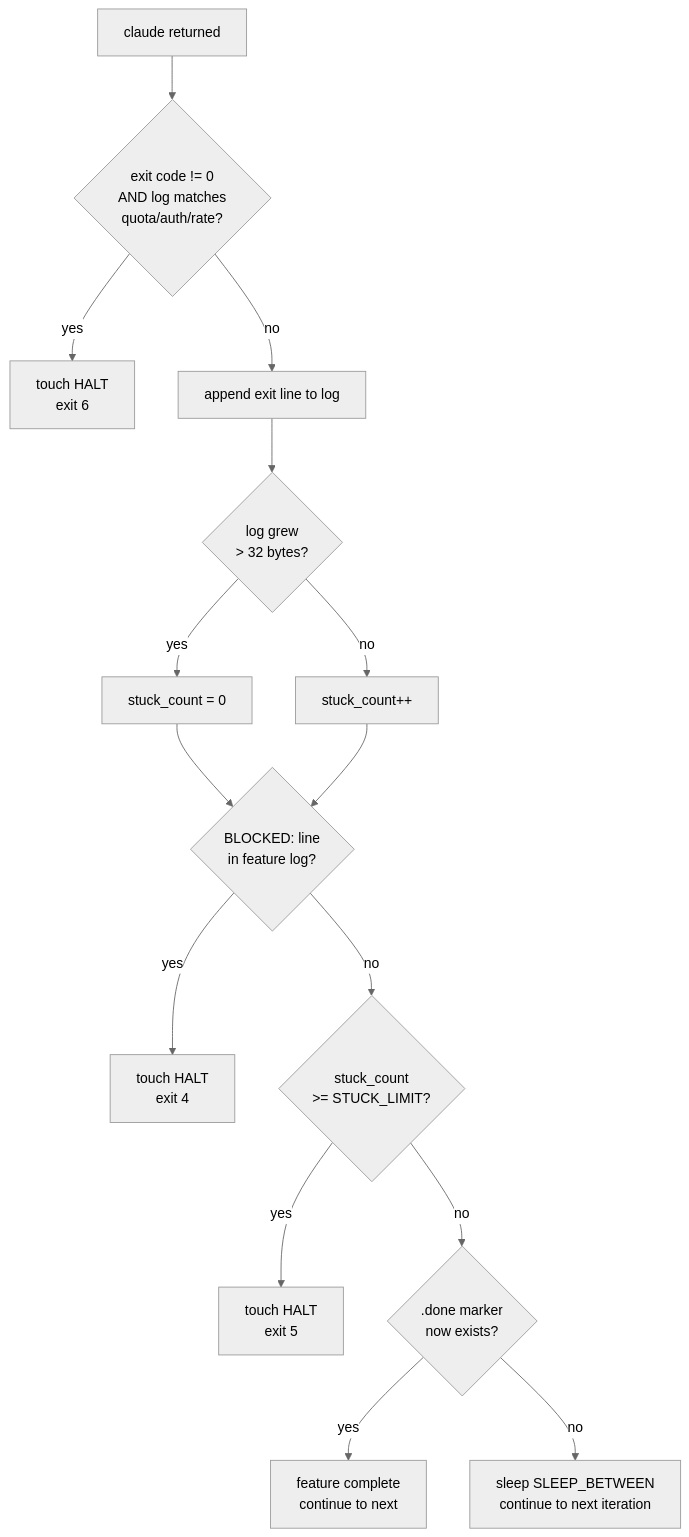
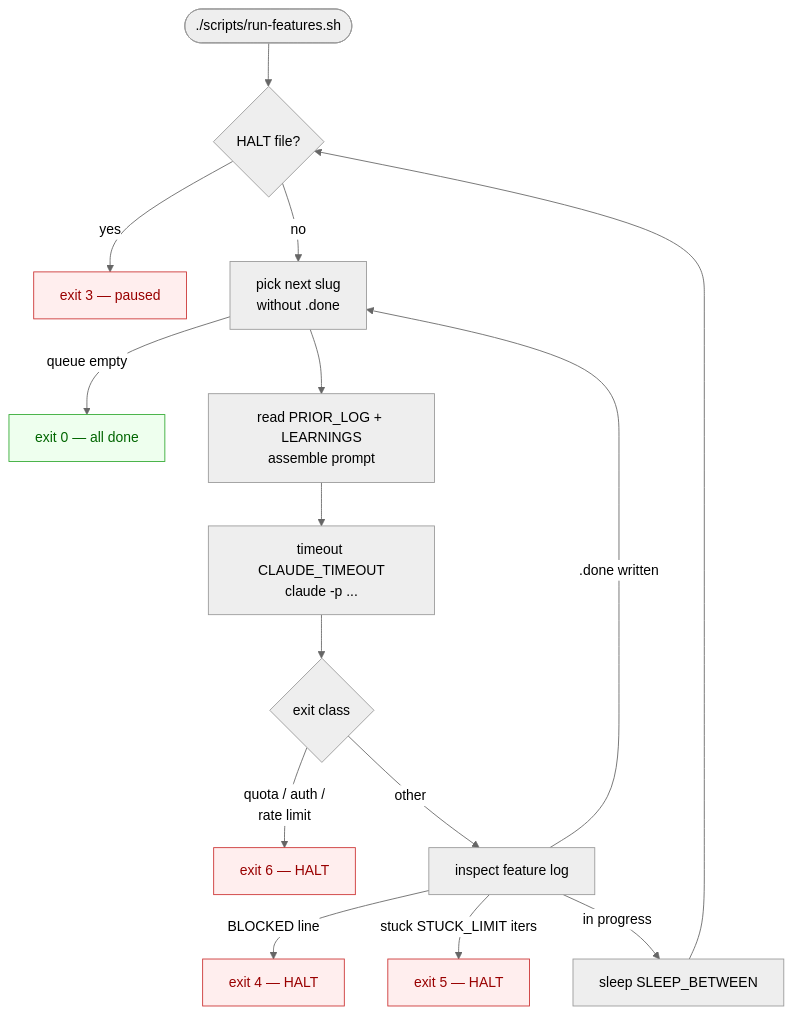
One commit to tufailkhan45/harness-loop changed the first of 2 diagrams in README.md. Above: the diagram before and after it, drawn with Mermaid (neutral theme). The commit also changed other lines of this file, not shown here.

First line of the commit message:
slim README to standard length, replace 3 diagrams with 2 focused ones

````diff
--- a/README.md
+++ b/README.md
@@ -117,17 +18,26 @@
 ```mermaid
 flowchart TD
-    A[claude returned] --> B{exit code != 0<br/>AND log matches<br/>quota/auth/rate?}
-    B -->|yes| Z6[touch HALT<br/>exit 6]
-    B -->|no| C[append exit line to log]
-    C --> D{log grew<br/>&gt; 32 bytes?}
-    D -->|yes| E[stuck_count = 0]
-    D -->|no| F[stuck_count++]
-    E --> G
-    F --> G{BLOCKED: line<br/>in feature log?}
-    G -->|yes| Z4[touch HALT<br/>exit 4]
-    G -->|no| H{stuck_count<br/>&gt;= STUCK_LIMIT?}
-    H -->|yes| Z5[touch HALT<br/>exit 5]
-    H -->|no| I{.done marker<br/>now exists?}
-    I -->|yes| J[feature complete<br/>continue to next]
-    I -->|no| K[sleep SLEEP_BETWEEN<br/>continue to next iteration]
+    Start([./scripts/run-features.sh]) --> HaltCheck{HALT file?}
+    HaltCheck -->|yes| Exit3[exit 3 — paused]:::halt
+    HaltCheck -->|no| Pick[pick next slug<br/>without .done]
+    Pick -->|queue empty| Exit0[exit 0 — all done]:::ok
+    Pick --> BuildPrompt[read PRIOR_LOG + LEARNINGS<br/>assemble prompt]
+    BuildPrompt --> Invoke[timeout CLAUDE_TIMEOUT<br/>claude -p ...]
+    Invoke --> ExitClass{exit class}
+    ExitClass -->|quota / auth /<br/>rate limit| Exit6[exit 6 — HALT]:::halt
+    ExitClass -->|other| Audit[inspect feature log]
+    Audit -->|BLOCKED line| Exit4[exit 4 — HALT]:::halt
+    Audit -->|stuck STUCK_LIMIT iters| Exit5[exit 5 — HALT]:::halt
+    Audit -->|.done written| Pick
+    Audit -->|in progress| Sleep[sleep SLEEP_BETWEEN]
+    Sleep --> HaltCheck
+
+    click Exit0 "#exit-codes" "exit 0 — all done"
+    click Exit3 "#exit-codes" "exit 3 — HALT file present"
+    click Exit4 "#exit-codes" "exit 4 — BLOCKED"
+    click Exit5 "#exit-codes" "exit 5 — circuit breaker"
+    click Exit6 "#exit-codes" "exit 6 — hard external limit"
+
+    classDef halt fill:#fee,stroke:#c33,color:#900
+    classDef ok fill:#efe,stroke:#3a3,color:#060
 ```
````
